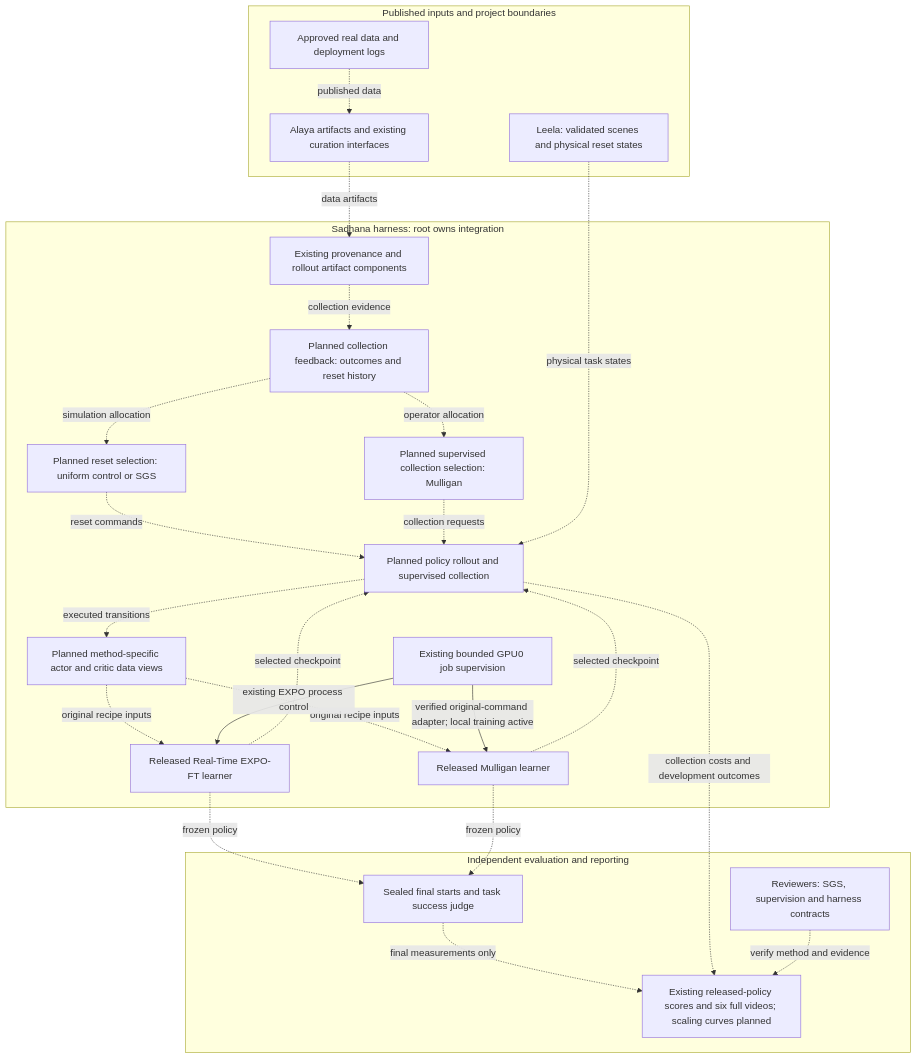
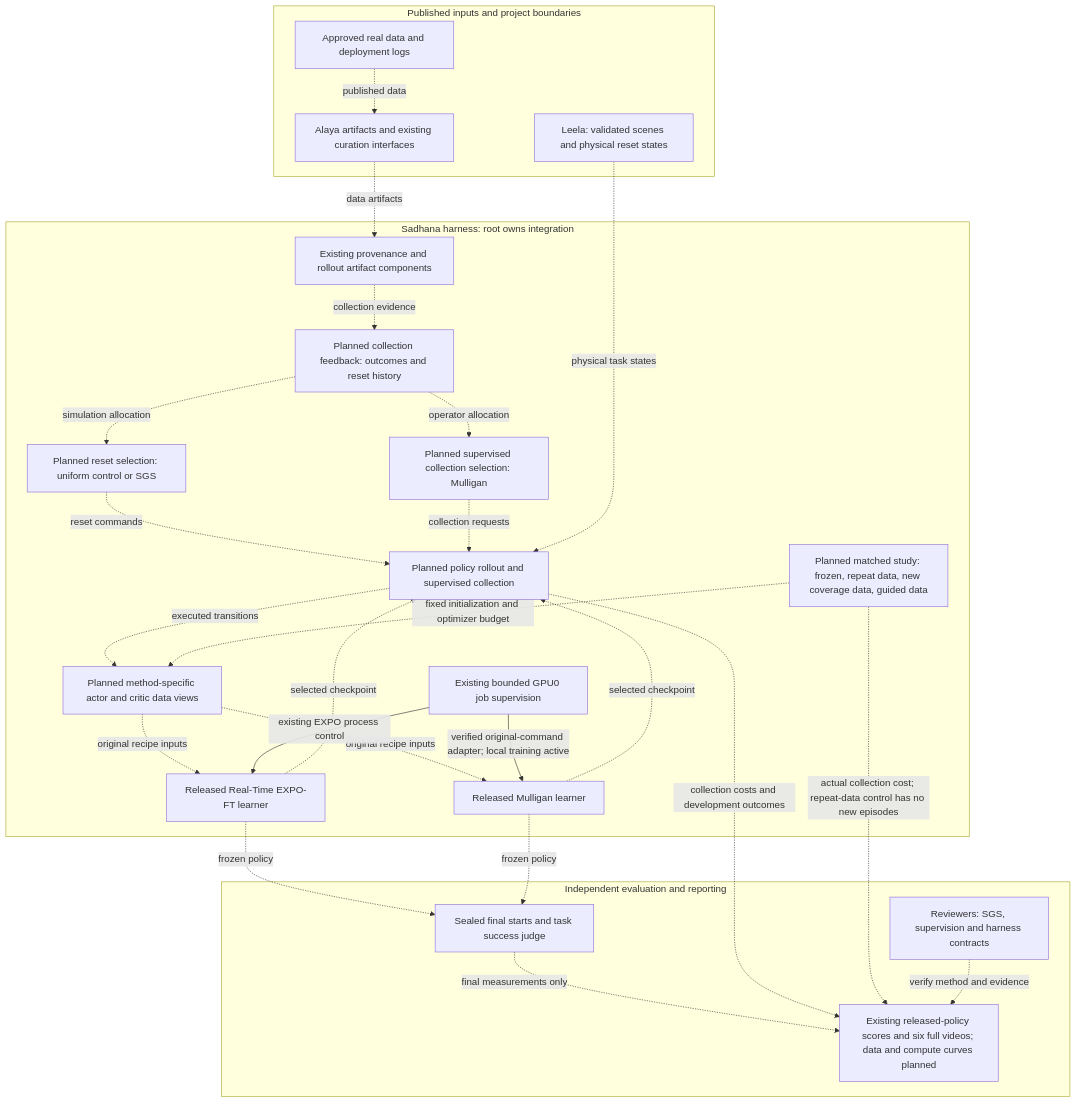
One commit to aditya9729/abc changed the diagram in docs/bench/DEPLOYMENT_RL_SCALING_PLAN.mmd. Above: the diagram before and after it, drawn with Mermaid. The commit also changed 2 other files, not shown here.

Commit message:
Define controlled deployment RL scaling study and pin integration evidence

```diff
--- a/docs/bench/DEPLOYMENT_RL_SCALING_PLAN.mmd
+++ b/docs/bench/DEPLOYMENT_RL_SCALING_PLAN.mmd
@@ -1,42 +1,45 @@
 flowchart TD
     subgraph Inputs[Published inputs and project boundaries]
         R[Approved real data and deployment logs]
         Q[Alaya artifacts and existing curation interfaces]
         E[Leela: validated scenes and physical reset states]
         R -. published data .-> Q
     end
     subgraph H[Sadhana harness: root owns integration]
         P[Existing provenance and rollout artifact components]
         F[Planned collection feedback: outcomes and reset history]
         S[Planned reset selection: uniform control or SGS]
         M[Planned supervised collection selection: Mulligan]
         B[Planned method-specific actor and critic data views]
+        D[Planned matched study: frozen, repeat data, new coverage data, guided data]
         J[Existing bounded GPU0 job supervision]
         L[Released Real-Time EXPO-FT learner]
         ML[Released Mulligan learner]
         C[Planned policy rollout and supervised collection]
         Q -. data artifacts .-> P
         P -. collection evidence .-> F
         F -. simulation allocation .-> S
         F -. operator allocation .-> M
         S -. reset commands .-> C
         M -. collection requests .-> C
         E -. physical task states .-> C
         C -. executed transitions .-> B
         B -. original recipe inputs .-> L
         B -. original recipe inputs .-> ML
+        D -. fixed initialization and optimizer budget .-> B
         J -->|existing EXPO process control| L
         J -->|verified original-command adapter; local training active| ML
         L -. selected checkpoint .-> C
         ML -. selected checkpoint .-> C
     end
     subgraph V[Independent evaluation and reporting]
         T[Sealed final starts and task success judge]
-        X[Existing released-policy scores and six full videos; scaling curves planned]
+        X[Existing released-policy scores and six full videos; data and compute curves planned]
         L -. frozen policy .-> T
         ML -. frozen policy .-> T
         T -. final measurements only .-> X
         C -. collection costs and development outcomes .-> X
+        D -. actual collection cost; repeat-data control has no new episodes .-> X
         A[Reviewers: SGS, supervision and harness contracts]
         A -. verify method and evidence .-> X
     end
```
